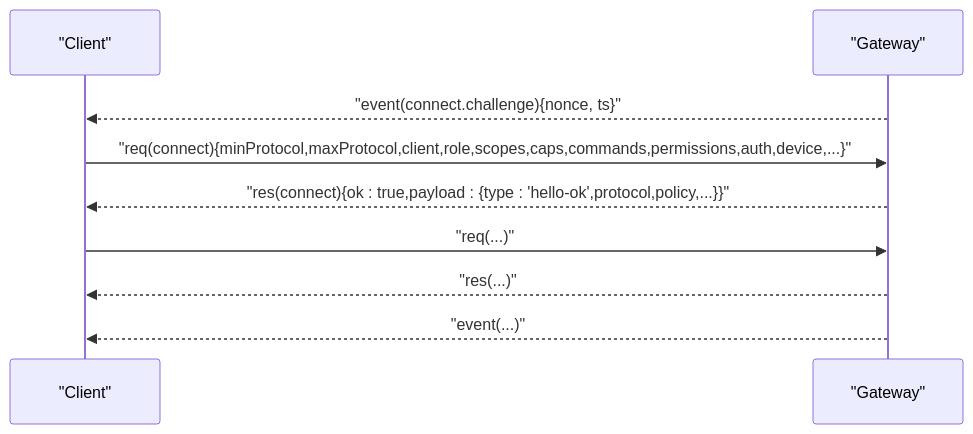
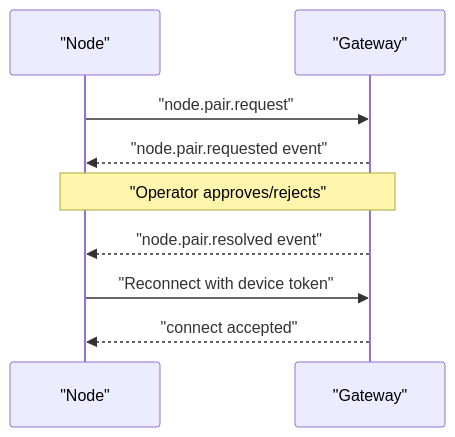
The seventh of 10 diagrams in repowiki/en/content/Gateway System/Gateway System.md (botx-work/OpenClaw-Internals), drawn with Mermaid before and after one commit. The commit also changed other lines of this file and 332 other files, not shown here.

````diff
--- a/repowiki/en/content/Gateway System/Gateway System.md
+++ b/repowiki/en/content/Gateway System/Gateway System.md
@@ -257,11 +253,11 @@
 ```mermaid
 sequenceDiagram
-participant Client as "Client"
-participant GW as "Gateway"
-GW-->>Client : "event(connect.challenge){nonce, ts}"
-Client->>GW : "req(connect){minProtocol,maxProtocol,client,role,scopes,caps,commands,permissions,auth,device,...}"
-GW-->>Client : "res(connect){ok : true,payload : {type : 'hello-ok',protocol,policy,...}}"
-Client->>GW : "req(...)"
-GW-->>Client : "res(...)"
-GW-->>Client : "event(...)"
+participant N as "Node"
+participant G as "Gateway"
+N->>G : "node.pair.request"
+G-->>N : "node.pair.requested event"
+Note over G,N : "Operator approves/rejects"
+G-->>N : "node.pair.resolved event"
+N->>G : "Reconnect with device token"
+G-->>N : "connect accepted"
 ```
````
